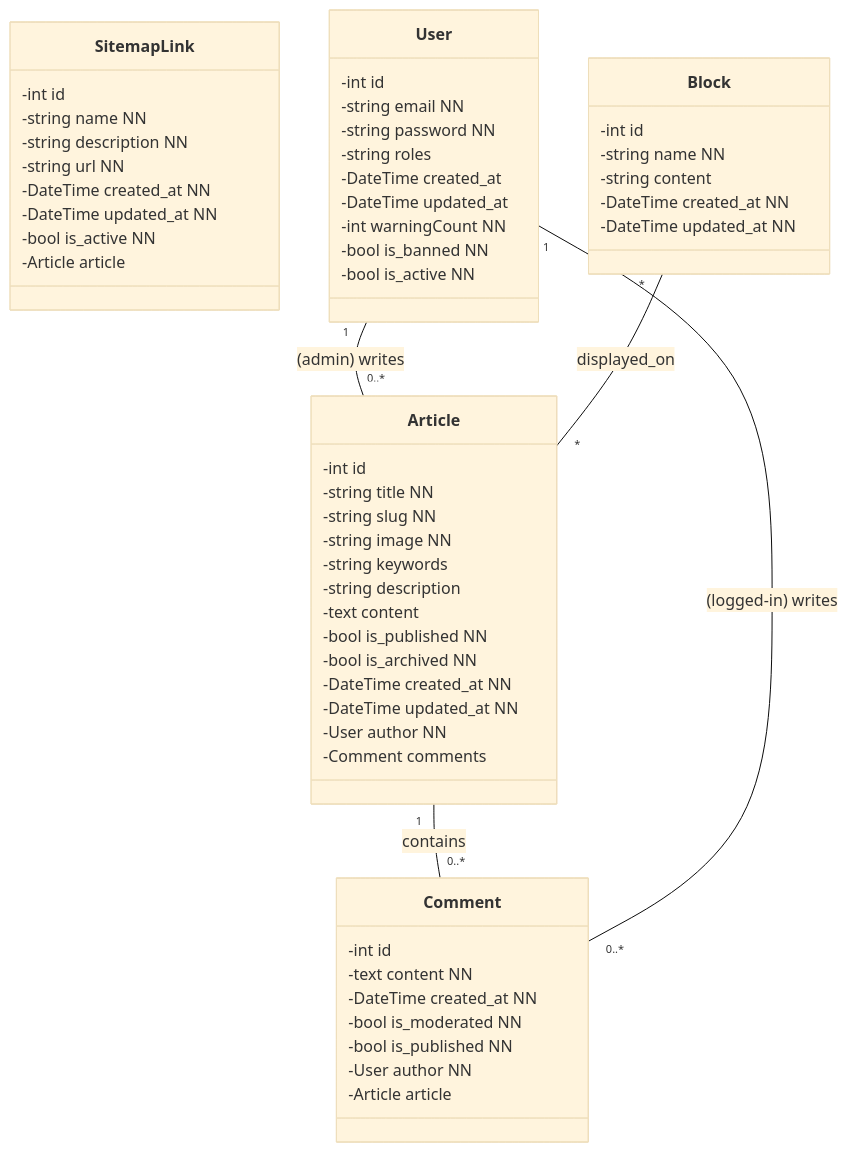
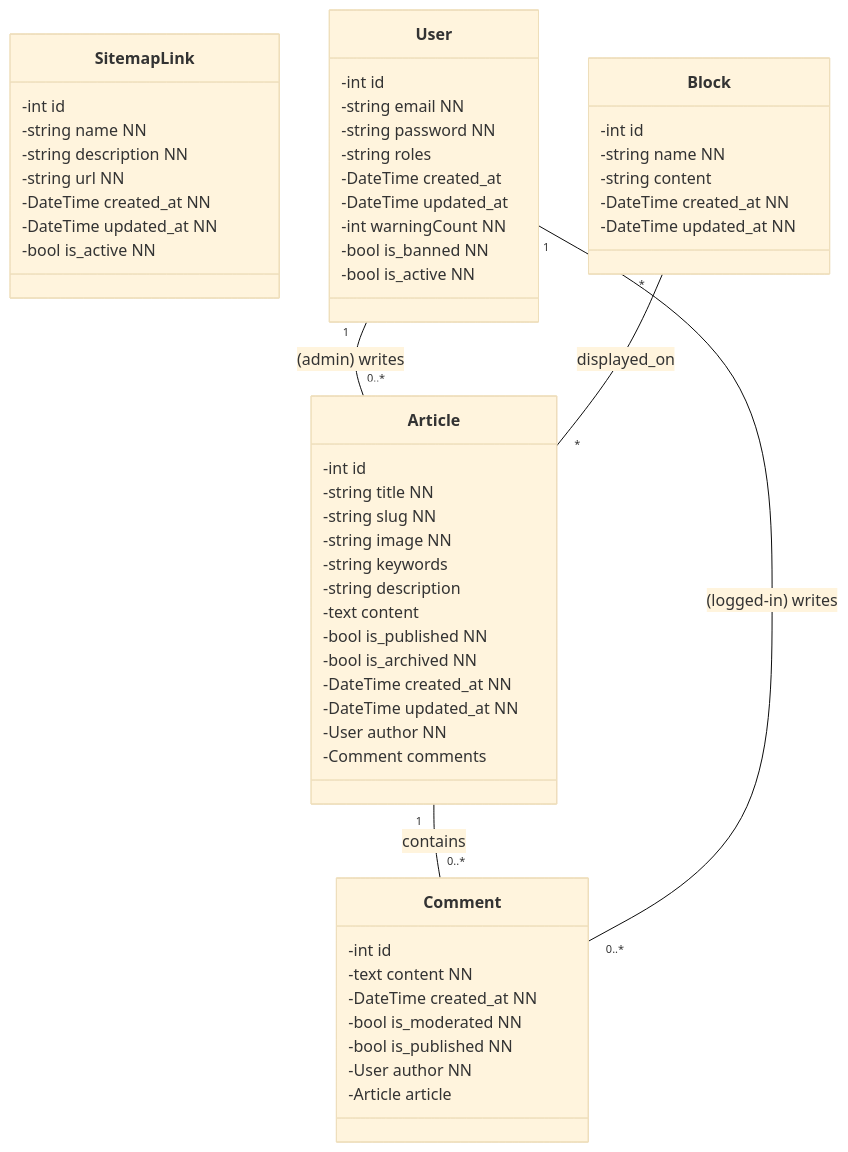
Before and after one commit to Jensone/road-to-sf: the first of 10 diagrams in README.md, drawn with Mermaid (base theme).

````diff
--- a/README.md
+++ b/README.md
@@ -25,64 +25,63 @@
 ```mermaid
 classDiagram
   class Article {
     -int id
     -string title NN
     -string slug NN
     -string image NN
     -string keywords 
     -string description
     -text content
     -bool is_published NN
     -bool is_archived NN
     -DateTime created_at NN
     -DateTime updated_at NN
     -User author NN
     -Comment comments
   }
 
   class SitemapLink {
     -int id
     -string name NN
     -string description NN
     -string url NN
     -DateTime created_at NN
     -DateTime updated_at NN
     -bool is_active NN
-    -Article article 
   }
 
   class Comment {
     -int id
     -text content NN
     -DateTime created_at NN
     -bool is_moderated NN
     -bool is_published NN
     -User author NN
     -Article article
   }
 
   class User {
     -int id
     -string email NN
     -string password NN
     -string roles
     -DateTime created_at
     -DateTime updated_at
     -int warningCount NN
     -bool is_banned NN
     -bool is_active NN
   }
 
   class Block {
     -int id
     -string name NN
     -string content 
     -DateTime created_at NN
     -DateTime updated_at NN
   }
 
   Article "1" -- "0..*" Comment : contains
   User "1" -- "0..*" Article : (admin) writes
   User "1" -- "0..*" Comment : (logged-in) writes
   Block "*" -- "*" Article : displayed_on
 ```
````
